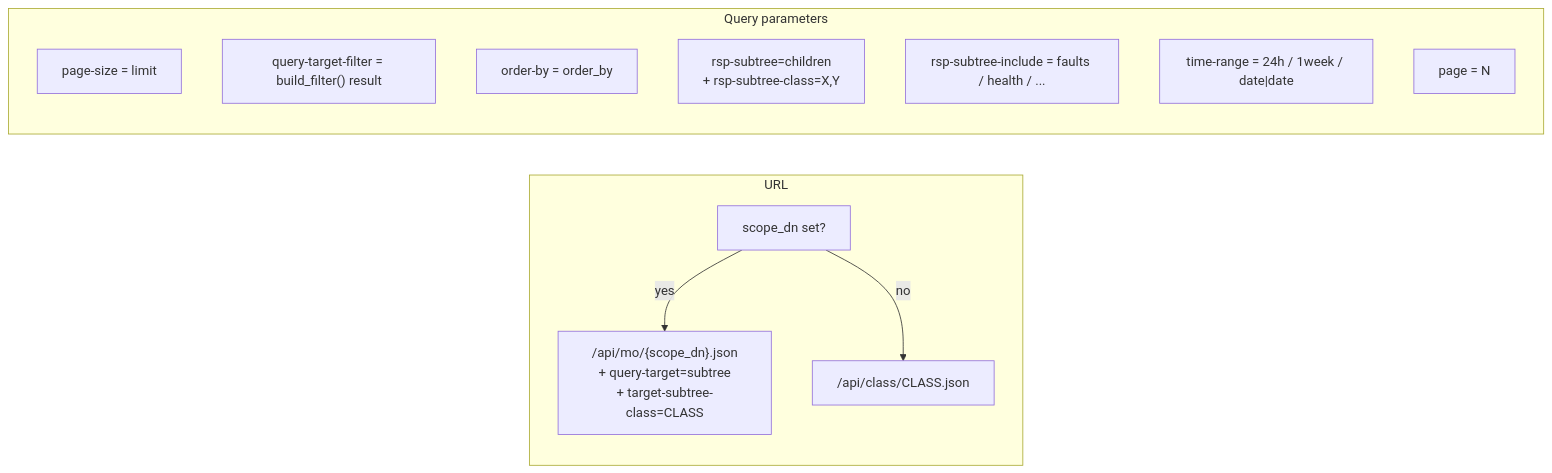
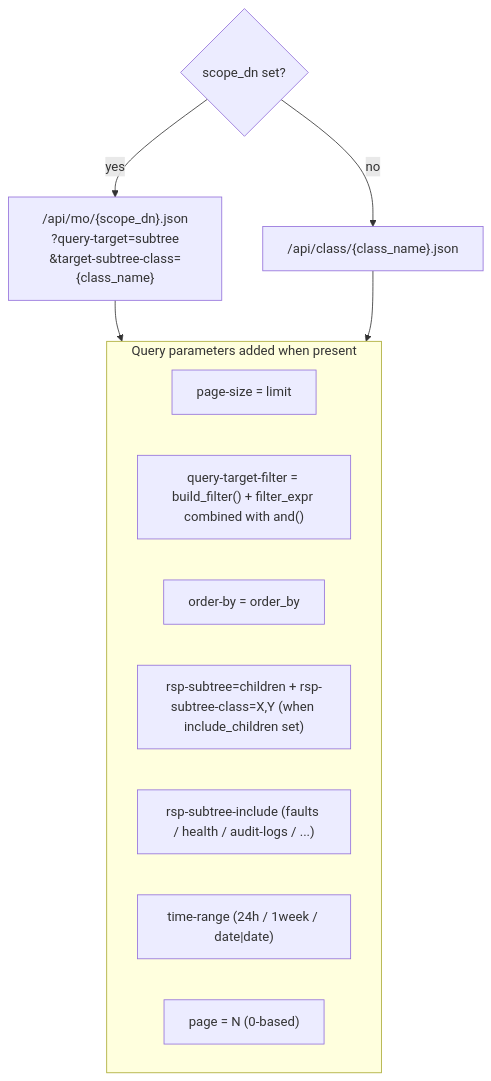
Before and after one commit to k3l0-dev/aci-mcp: the fifth of 6 diagrams in docs/architecture/data-flow.md, drawn with Mermaid. The commit also changed other lines of this file and 16 other files, not shown here.

````diff
--- a/docs/architecture/data-flow.md
+++ b/docs/architecture/data-flow.md
@@ -120,18 +124,20 @@
 ```mermaid
-flowchart LR
-    subgraph url["URL"]
-        U1["scope_dn set?"]
-        U1 -->|yes| URL_MO["/api/mo/{scope_dn}.json<br/>+ query-target=subtree<br/>+ target-subtree-class=CLASS"]
-        U1 -->|no| URL_CLASS["/api/class/CLASS.json"]
-    end
+flowchart TD
+    SD{scope_dn set?}
 
-    subgraph params["Query parameters"]
+    SD -->|"yes"| URL_MO["/api/mo/{scope_dn}.json\n?query-target=subtree\n&target-subtree-class={class_name}"]
+    SD -->|"no"| URL_CLASS["/api/class/{class_name}.json"]
+
+    URL_MO --> PARAMS
+    URL_CLASS --> PARAMS
+
+    subgraph PARAMS["Query parameters added when present"]
         P1["page-size = limit"]
-        P2["query-target-filter = build_filter() result"]
+        P2["query-target-filter = build_filter() + filter_expr combined with and()"]
         P3["order-by = order_by"]
-        P4["rsp-subtree=children<br/>+ rsp-subtree-class=X,Y"]
-        P5["rsp-subtree-include = faults / health / ..."]
-        P6["time-range = 24h / 1week / date|date"]
-        P7["page = N"]
+        P4["rsp-subtree=children + rsp-subtree-class=X,Y (when include_children set)"]
+        P5["rsp-subtree-include (faults / health / audit-logs / ...)"]
+        P6["time-range (24h / 1week / date|date)"]
+        P7["page = N (0-based)"]
     end
 ```
````
